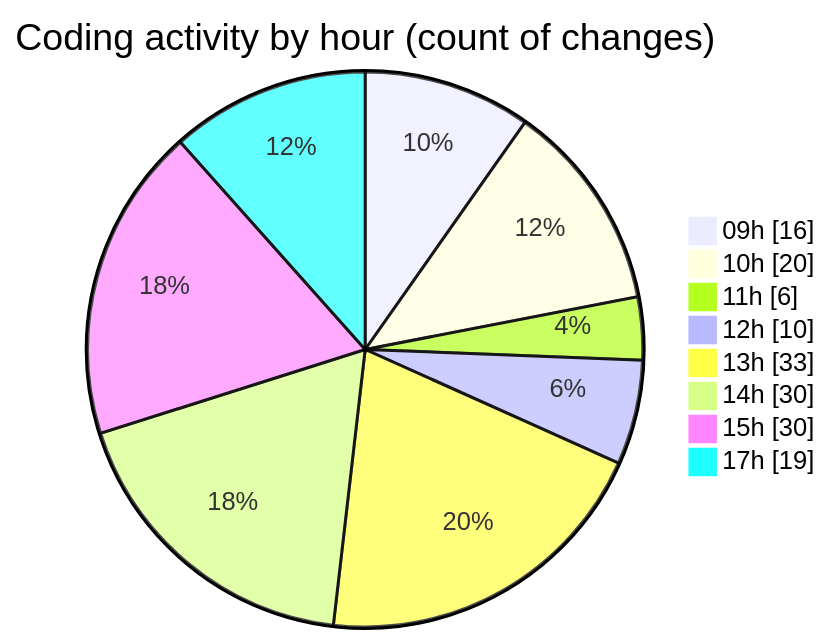
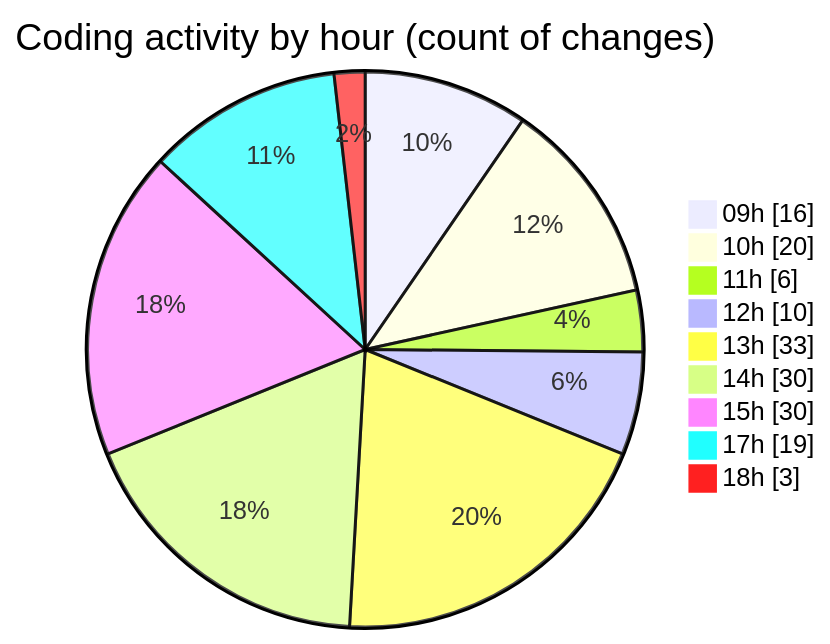
The second of 2 diagrams in 2025-05-16/cda/README.md (momahboobian/code-tracking), drawn with Mermaid before and after one commit. The commit also changed other lines of this file and 1 other file, not shown here.

````diff
--- a/2025-05-16/cda/README.md
+++ b/2025-05-16/cda/README.md
@@ -61,12 +61,13 @@
 ```mermaid
 pie showData
 title Coding activity by hour (count of changes)
 "09h" : 16
 "10h" : 20
 "11h" : 6
 "12h" : 10
 "13h" : 33
 "14h" : 30
 "15h" : 30
 "17h" : 19
+"18h" : 3
 ```
````
